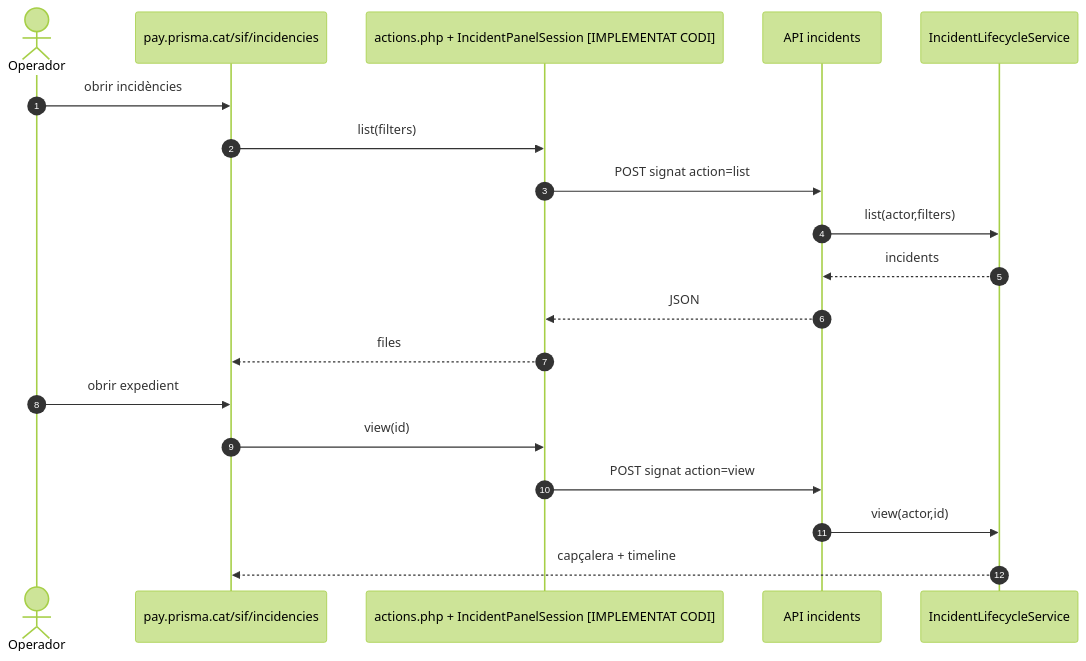
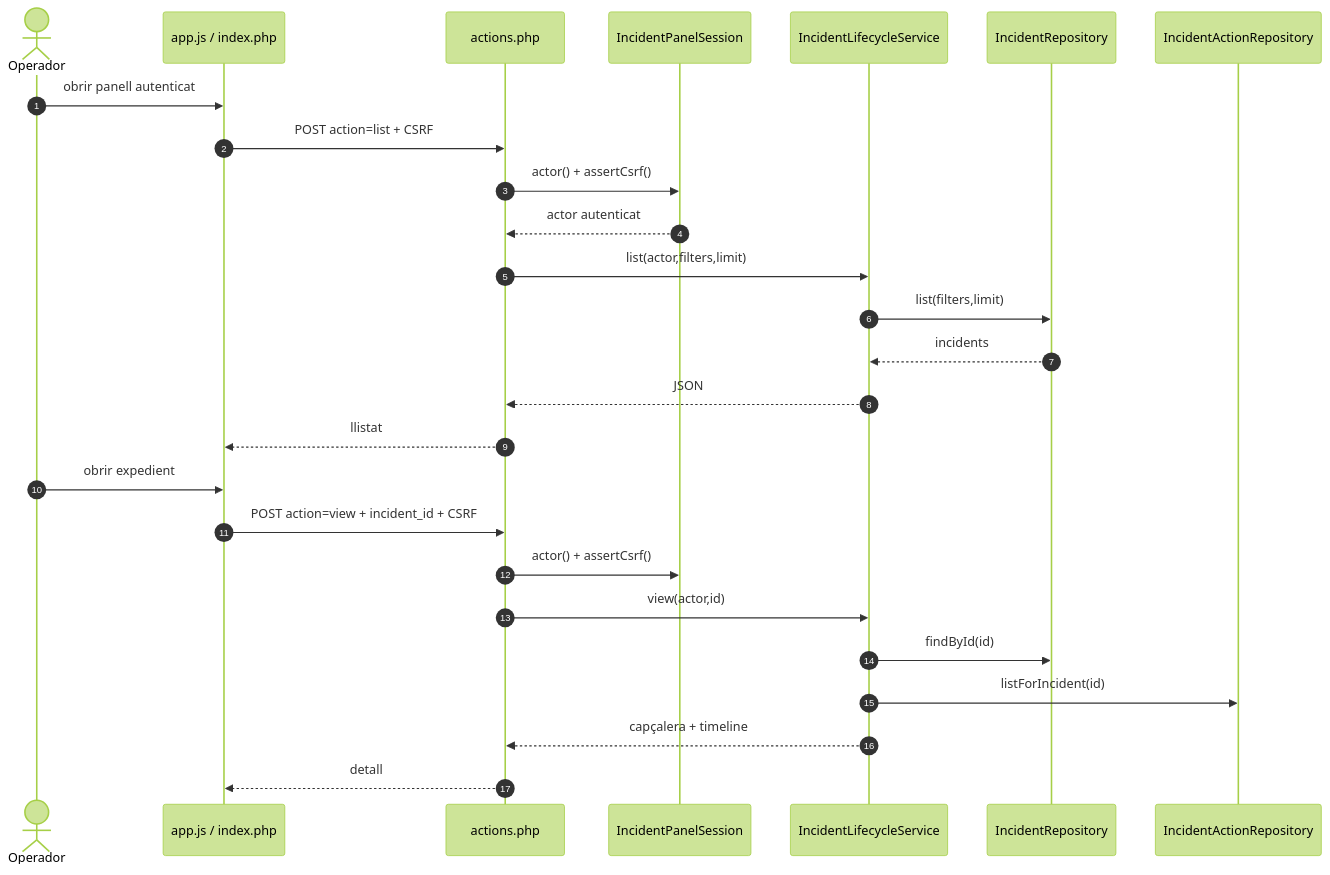
One commit to orgmeriemprismacat-del/verifactu changed the sixth of 8 diagrams in documentacio/07-uml-integrat/uc-008-sequencies-actual-final.md. Above: the diagram before and after it, drawn with Mermaid (forest theme). The commit also changed other lines of this file, not shown here.

Commit message:
docs(UC-008): corregir seqüència real del panell SIF

````diff
--- a/documentacio/07-uml-integrat/uc-008-sequencies-actual-final.md
+++ b/documentacio/07-uml-integrat/uc-008-sequencies-actual-final.md
@@ -200,22 +200,30 @@
 ```mermaid
 sequenceDiagram
 autonumber
 actor O as Operador
-participant UI as pay.prisma.cat/sif/incidencies
-participant C as actions.php + IncidentPanelSession [IMPLEMENTAT CODI]
-participant API as API incidents
+participant UI as app.js / index.php
+participant A as actions.php
+participant PS as IncidentPanelSession
 participant S as IncidentLifecycleService
+participant R as IncidentRepository
+participant AR as IncidentActionRepository
 
-O->>UI: obrir incidències
-UI->>C: list(filters)
-C->>API: POST signat action=list
-API->>S: list(actor,filters)
-S-->>API: incidents
-API-->>C: JSON
-C-->>UI: files
+O->>UI: obrir panell autenticat
+UI->>A: POST action=list + CSRF
+A->>PS: actor() + assertCsrf()
+PS-->>A: actor autenticat
+A->>S: list(actor,filters,limit)
+S->>R: list(filters,limit)
+R-->>S: incidents
+S-->>A: JSON
+A-->>UI: llistat
+
 O->>UI: obrir expedient
-UI->>C: view(id)
-C->>API: POST signat action=view
-API->>S: view(actor,id)
-S-->>UI: capçalera + timeline
+UI->>A: POST action=view + incident_id + CSRF
+A->>PS: actor() + assertCsrf()
+A->>S: view(actor,id)
+S->>R: findById(id)
+S->>AR: listForIncident(id)
+S-->>A: capçalera + timeline
+A-->>UI: detall
 ```
````
